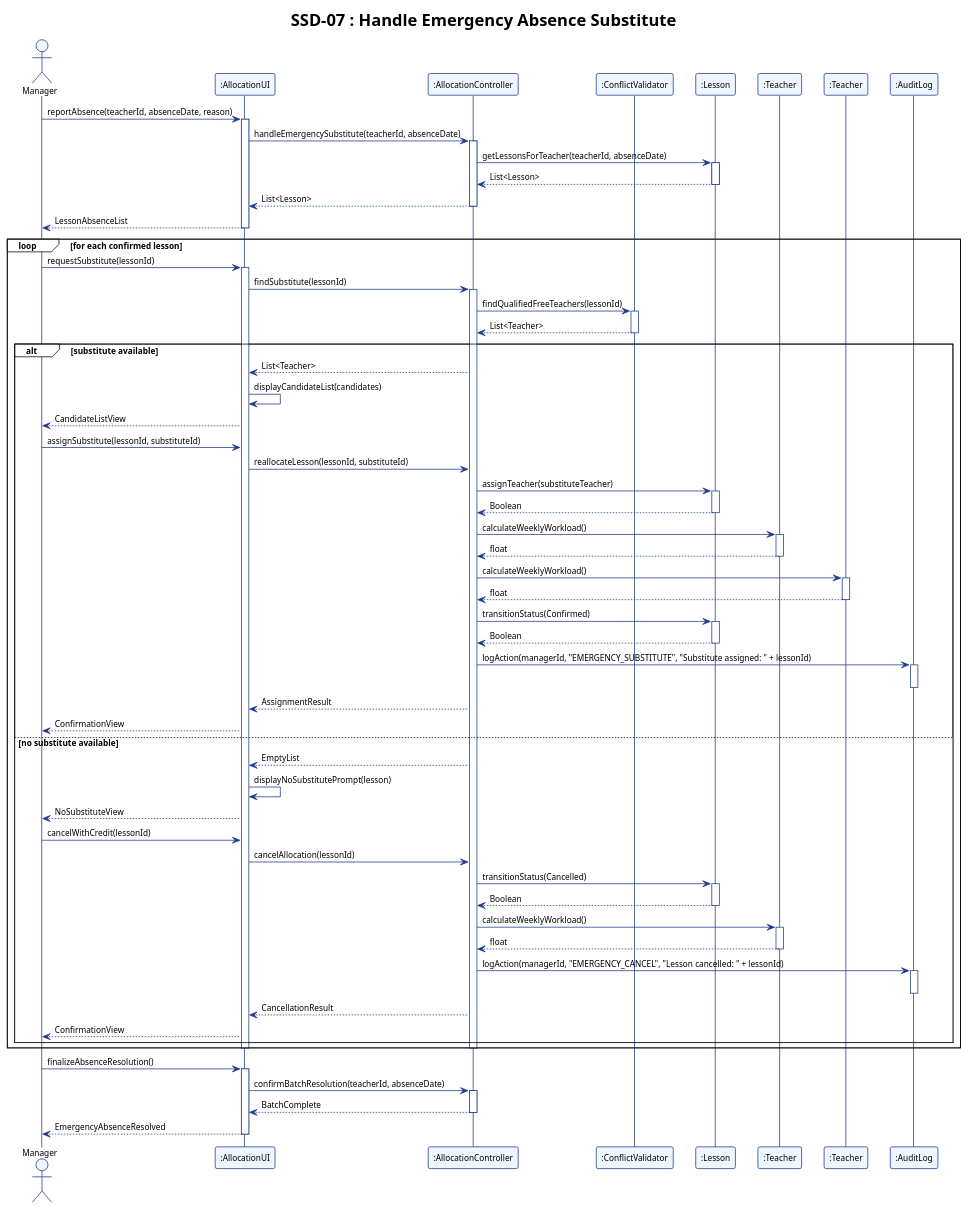
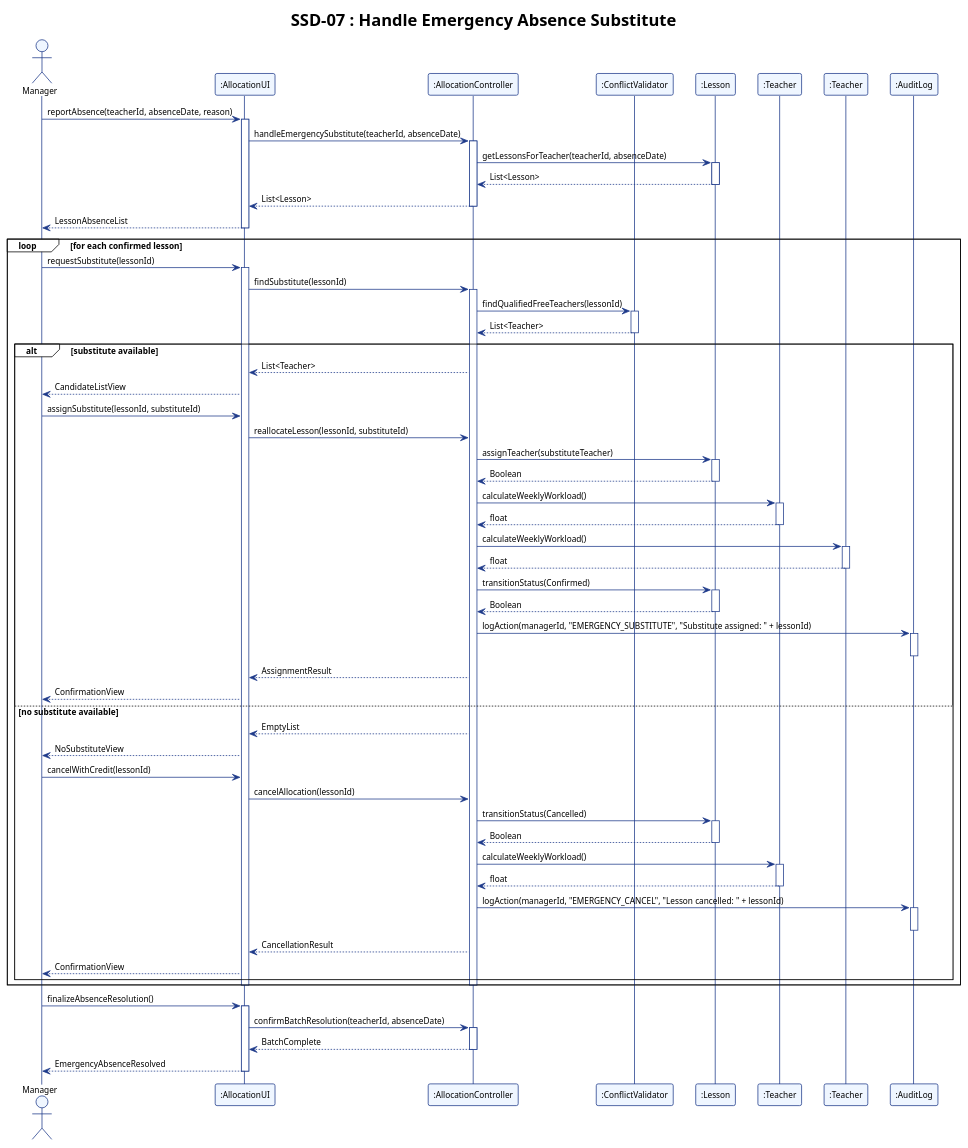
Before and after one commit to adoreblvnk/2001temp: the diagram in report/assets/ssd_07.puml, drawn with PlantUML. The commit also changed 27 other files, not shown here.

First line of the commit message:
fix(report): streamline sequence diagrams, remove LaTeX, and reformat appendix

```diff
--- a/report/assets/ssd_07.puml
+++ b/report/assets/ssd_07.puml
@@ -1,114 +1,112 @@
 @startuml ssd_07
 !theme plain
 skinparam shadowing false
 skinparam defaultFontName "Helvetica", "Arial", sans-serif
 skinparam defaultFontSize 11
 skinparam sequence {
     ParticipantBorderColor #1E3A8A
     ParticipantBackgroundColor #EFF6FF
     LifeLineBorderColor #1E3A8A
     LifeLineBackgroundColor #FFFFFF
     ArrowColor #1E3A8A
     ActorBorderColor #1E3A8A
     ActorBackgroundColor #EFF6FF
 }
 
 title SSD-07 : Handle Emergency Absence Substitute
 
 actor Manager
 participant ":AllocationUI" as AllocationUI
 participant ":AllocationController" as AllocationController
 participant ":ConflictValidator" as ConflictValidator
 participant ":Lesson" as Lesson
 participant ":Teacher" as AbsentTeacher
 participant ":Teacher" as SubstituteTeacher
 participant ":AuditLog" as AuditLog
 
 Manager -> AllocationUI : reportAbsence(teacherId, absenceDate, reason)
 activate AllocationUI
 AllocationUI -> AllocationController : handleEmergencySubstitute(teacherId, absenceDate)
 activate AllocationController
 
 AllocationController -> Lesson : getLessonsForTeacher(teacherId, absenceDate)
 activate Lesson
 Lesson --> AllocationController : List<Lesson>
 deactivate Lesson
 AllocationController --> AllocationUI : List<Lesson>
 deactivate AllocationController
 AllocationUI --> Manager : LessonAbsenceList
 deactivate AllocationUI
 
 loop for each confirmed lesson
     Manager -> AllocationUI : requestSubstitute(lessonId)
     activate AllocationUI
     AllocationUI -> AllocationController : findSubstitute(lessonId)
     activate AllocationController
     AllocationController -> ConflictValidator : findQualifiedFreeTeachers(lessonId)
     activate ConflictValidator
     ConflictValidator --> AllocationController : List<Teacher>
     deactivate ConflictValidator
 
     alt substitute available
         AllocationController --> AllocationUI : List<Teacher>
-        AllocationUI -> AllocationUI : displayCandidateList(candidates)
         AllocationUI --> Manager : CandidateListView
 
         Manager -> AllocationUI : assignSubstitute(lessonId, substituteId)
         AllocationUI -> AllocationController : reallocateLesson(lessonId, substituteId)
         AllocationController -> Lesson : assignTeacher(substituteTeacher)
         activate Lesson
         Lesson --> AllocationController : Boolean
         deactivate Lesson
         AllocationController -> AbsentTeacher : calculateWeeklyWorkload()
         activate AbsentTeacher
         AbsentTeacher --> AllocationController : float
         deactivate AbsentTeacher
         AllocationController -> SubstituteTeacher : calculateWeeklyWorkload()
         activate SubstituteTeacher
         SubstituteTeacher --> AllocationController : float
         deactivate SubstituteTeacher
         AllocationController -> Lesson : transitionStatus(Confirmed)
         activate Lesson
         Lesson --> AllocationController : Boolean
         deactivate Lesson
         AllocationController -> AuditLog : logAction(managerId, "EMERGENCY_SUBSTITUTE", "Substitute assigned: " + lessonId)
         activate AuditLog
         deactivate AuditLog
         AllocationController --> AllocationUI : AssignmentResult
         AllocationUI --> Manager : ConfirmationView
     else no substitute available
         AllocationController --> AllocationUI : EmptyList
-        AllocationUI -> AllocationUI : displayNoSubstitutePrompt(lesson)
         AllocationUI --> Manager : NoSubstituteView
 
         Manager -> AllocationUI : cancelWithCredit(lessonId)
         AllocationUI -> AllocationController : cancelAllocation(lessonId)
         AllocationController -> Lesson : transitionStatus(Cancelled)
         activate Lesson
         Lesson --> AllocationController : Boolean
         deactivate Lesson
         AllocationController -> AbsentTeacher : calculateWeeklyWorkload()
         activate AbsentTeacher
         AbsentTeacher --> AllocationController : float
         deactivate AbsentTeacher
         AllocationController -> AuditLog : logAction(managerId, "EMERGENCY_CANCEL", "Lesson cancelled: " + lessonId)
         activate AuditLog
         deactivate AuditLog
         AllocationController --> AllocationUI : CancellationResult
         AllocationUI --> Manager : ConfirmationView
     end
 
     deactivate AllocationController
     deactivate AllocationUI
 end
 
 Manager -> AllocationUI : finalizeAbsenceResolution()
 activate AllocationUI
 AllocationUI -> AllocationController : confirmBatchResolution(teacherId, absenceDate)
 activate AllocationController
 AllocationController --> AllocationUI : BatchComplete
 deactivate AllocationController
 AllocationUI --> Manager : EmergencyAbsenceResolved
 deactivate AllocationUI
 
 @enduml
```
